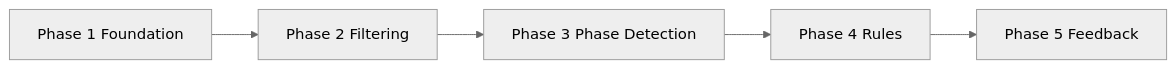
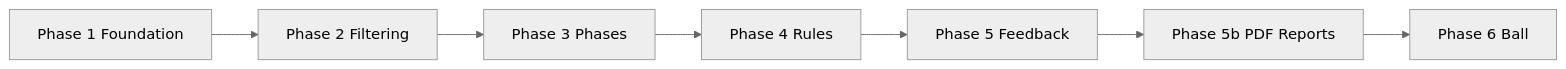
The diagram in docs/PHASES_OVERVIEW.md (kareem-sh/Swishy), drawn with Mermaid (neutral theme) before and after one commit. The commit also changed other lines of this file and 48 other files, not shown here.

````diff
--- a/docs/PHASES_OVERVIEW.md
+++ b/docs/PHASES_OVERVIEW.md
@@ -9,7 +11,9 @@
 ```mermaid
 flowchart LR
     P1[Phase 1 Foundation] --> P2[Phase 2 Filtering]
-    P2 --> P3[Phase 3 Phase Detection]
+    P2 --> P3[Phase 3 Phases]
     P3 --> P4[Phase 4 Rules]
     P4 --> P5[Phase 5 Feedback]
+    P5 --> P5b[Phase 5b PDF Reports]
+    P5b --> P6[Phase 6 Ball]
 ```
````
